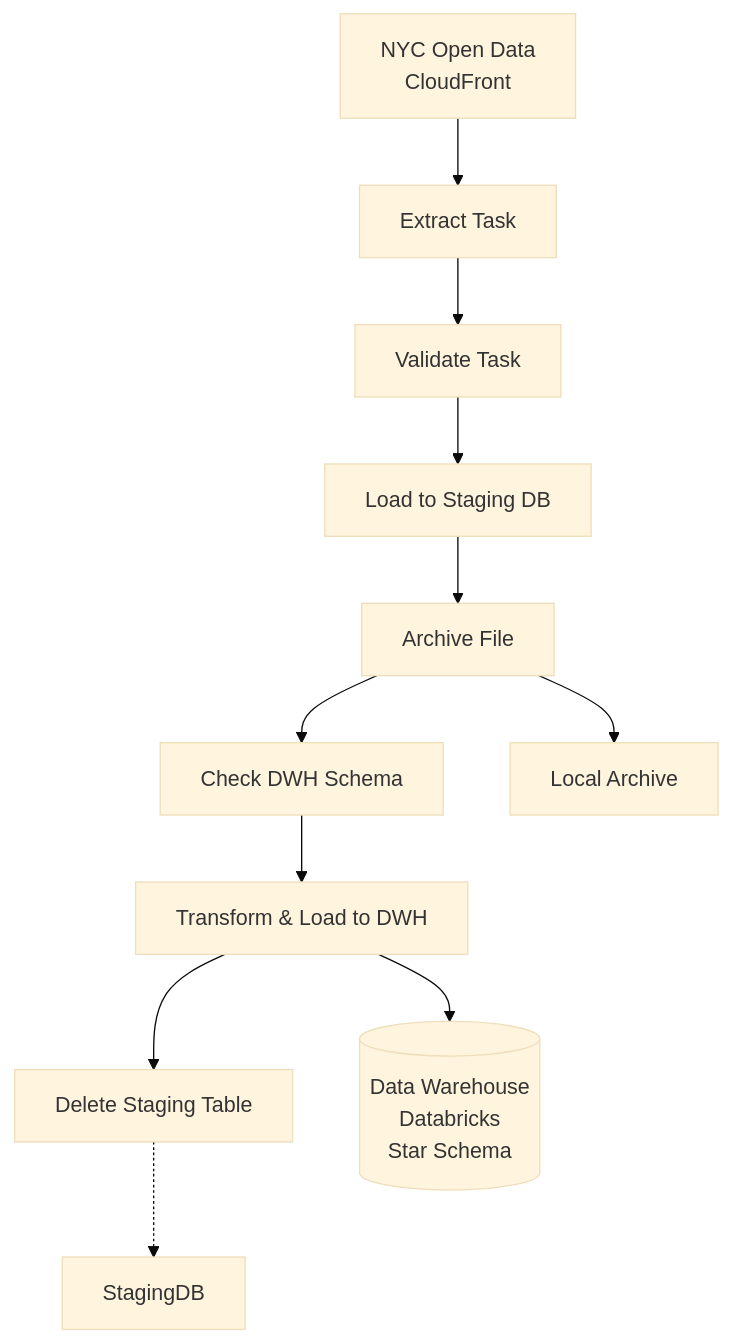
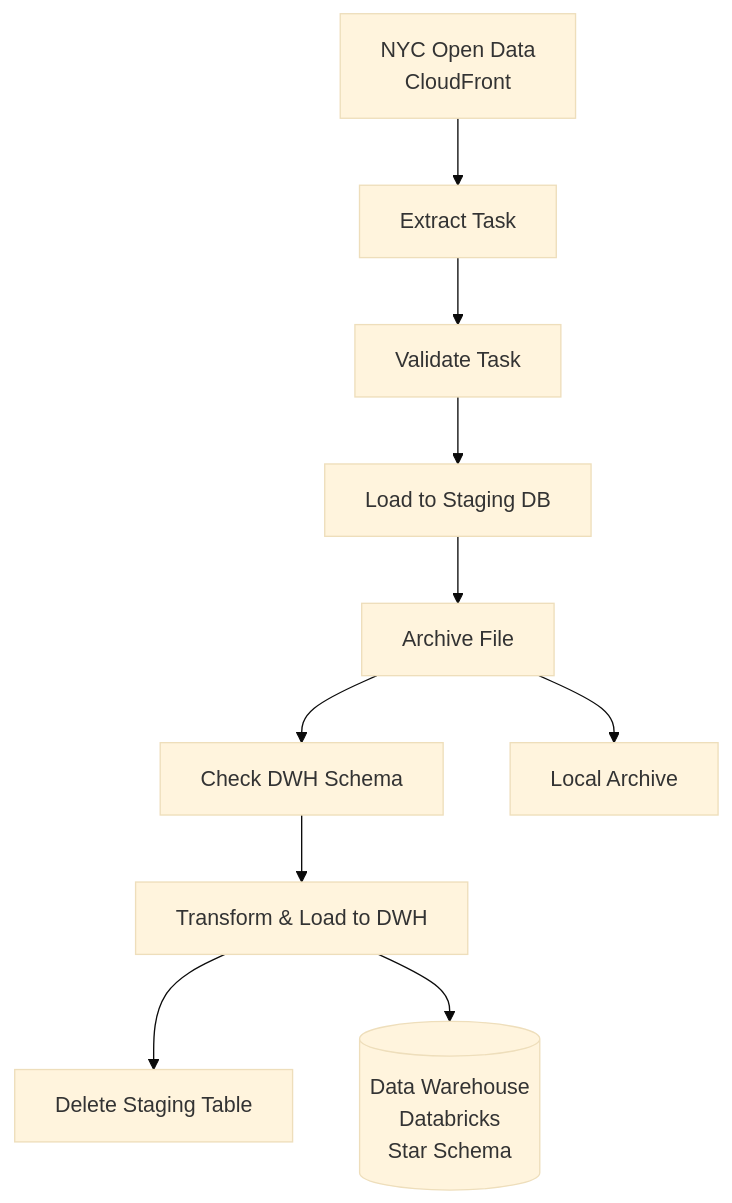
The diagram in README.md (Hamza-Bouali/TAXI_BI), drawn with Mermaid (base theme) before and after one commit.

Commit message:
Remove Cleanup connection to StagingDB
Removed Cleanup connection to StagingDB in diagram.

````diff
--- a/README.md
+++ b/README.md
@@ -20,16 +20,15 @@
 ```mermaid
 graph TD
     Source[NYC Open Data<br/>CloudFront] --> Extract[Extract Task]
     Extract --> Validate[Validate Task]
     Validate --> LoadStaging[Load to Staging DB]
     LoadStaging --> Archive[Archive File]
     Archive --> CheckSchema[Check DWH Schema]
     CheckSchema --> LoadDWH[Transform & Load to DWH]
     LoadDWH --> Cleanup[Delete Staging Table]
     
     LoadDWH --> DWH[(Data Warehouse<br/>Databricks<br/>Star Schema)]
     Archive --> LocalStorage[Local Archive]
-    Cleanup -.-> StagingDB
 
     
 ```
````
